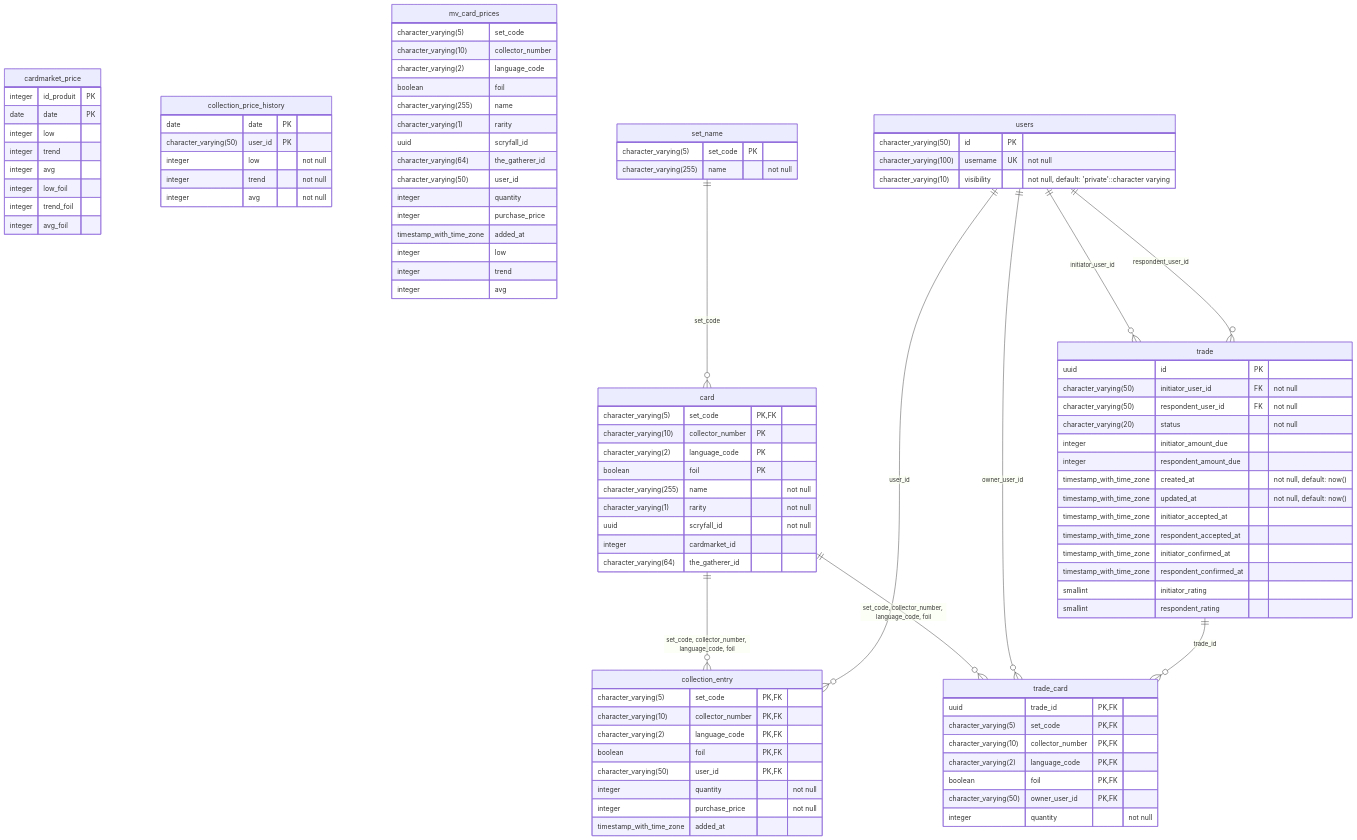
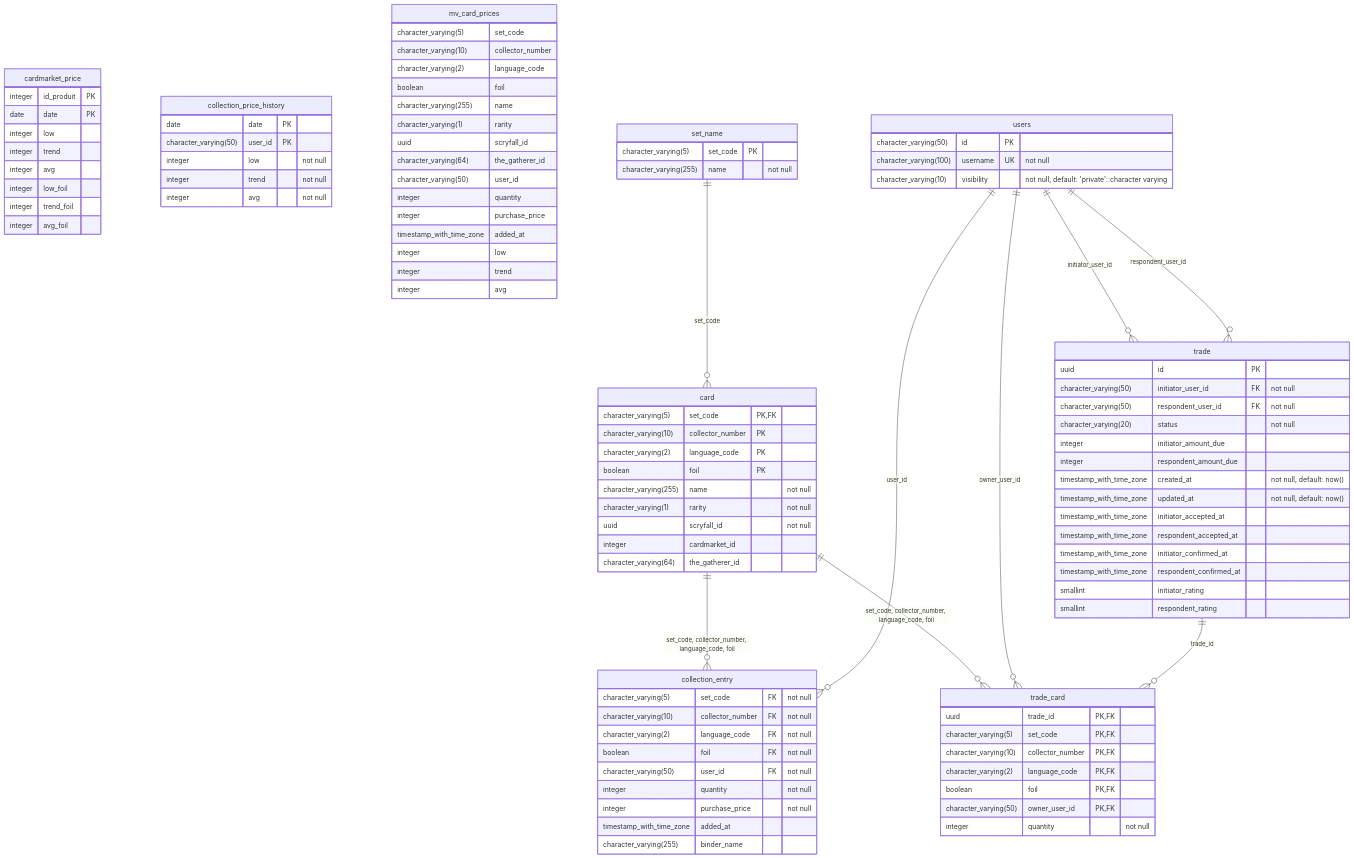
Before and after one commit to michaelcoll/arcane-exchange: the diagram in doc/db.md, drawn with Mermaid. The commit also changed other lines of this file and 24 other files, not shown here.

Commit message:
feat(collection): add binder name in the database

```diff
--- a/doc/db.md
+++ b/doc/db.md
@@ -24,14 +24,15 @@
         integer avg_foil
     }
     collection_entry {
-        character_varying(5) set_code PK, FK
-        character_varying(10) collector_number PK, FK
-        character_varying(2) language_code PK, FK
-        boolean foil PK, FK
-        character_varying(50) user_id PK, FK
+        character_varying(5) set_code FK "not null"
+        character_varying(10) collector_number FK "not null"
+        character_varying(2) language_code FK "not null"
+        boolean foil FK "not null"
+        character_varying(50) user_id FK "not null"
         integer quantity "not null"
         integer purchase_price "not null"
         timestamp_with_time_zone added_at
+        character_varying(255) binder_name
     }
     collection_price_history {
         date date PK
```
